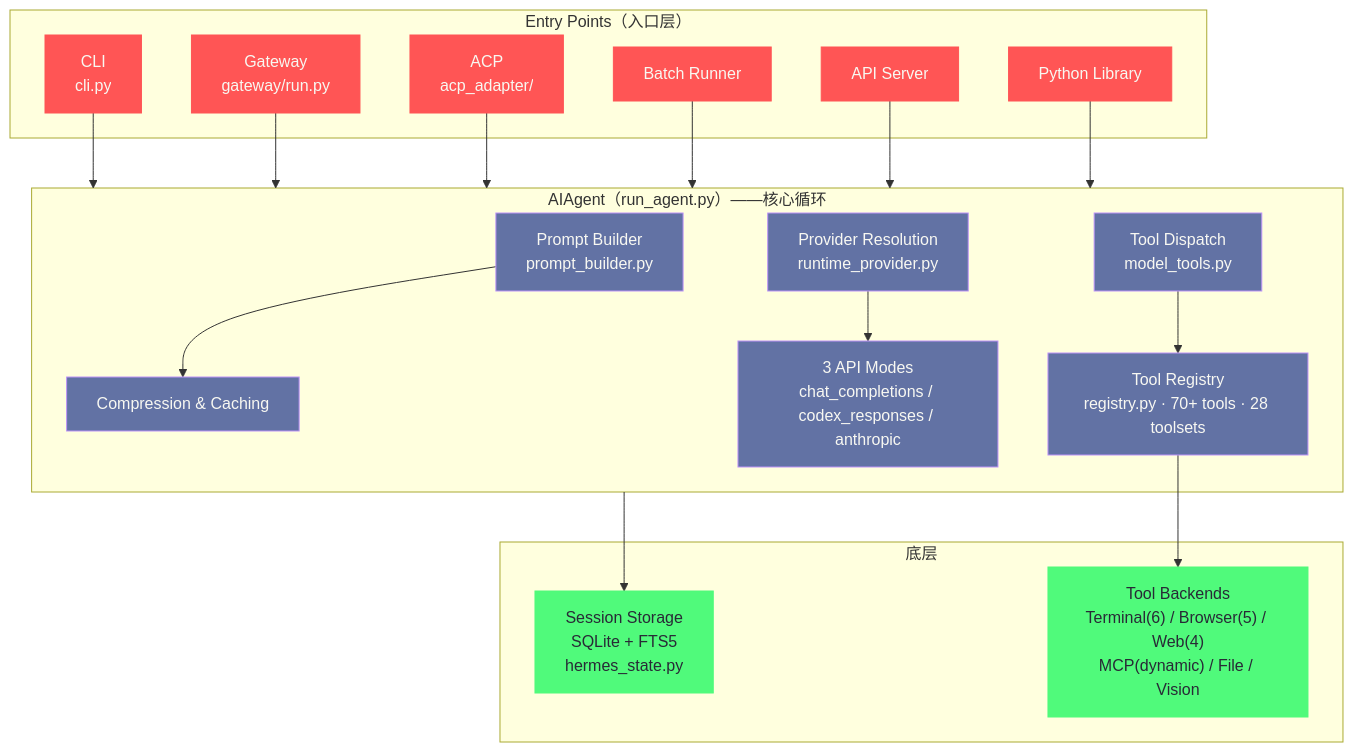
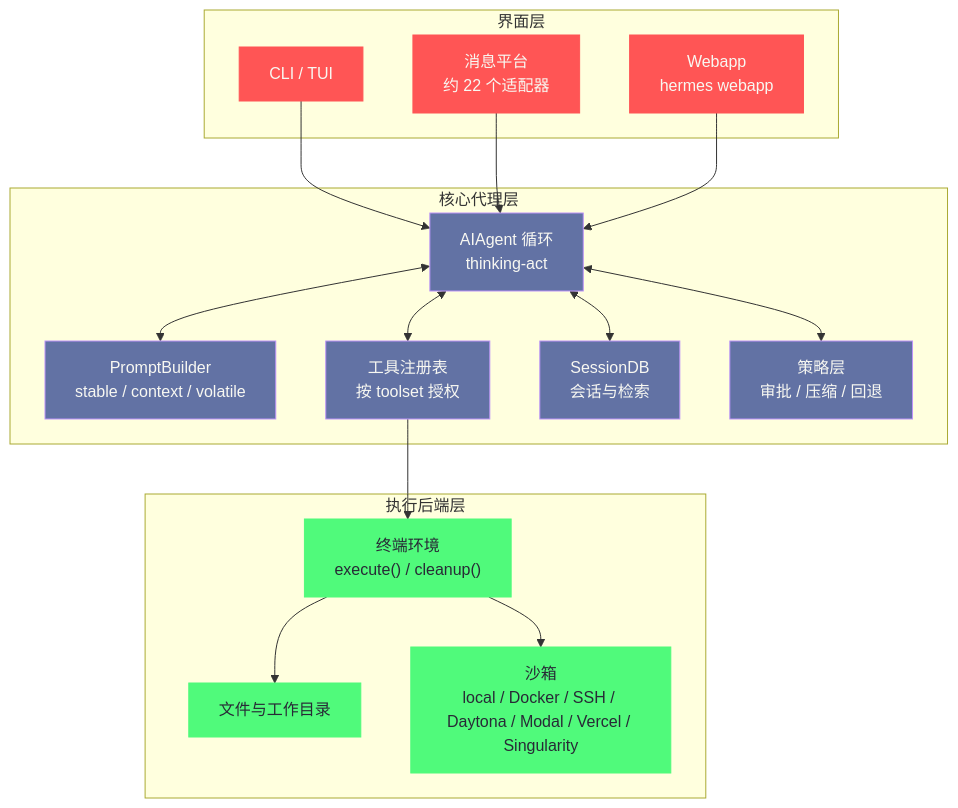
The first of 5 diagrams in content/LLM/Hermes-Agent/03 架构总览——AIAgent 核心循环与子系统.md (hpliStartAgain/my-brain), drawn with Mermaid before and after one commit. The commit also changed other lines of this file and 259 other files, not shown here.

````diff
--- a/content/LLM/Hermes-Agent/03 架构总览——AIAgent 核心循环与子系统.md
+++ b/content/LLM/Hermes-Agent/03 架构总览——AIAgent 核心循环与子系统.md
@@ -22,45 +69,41 @@
 ```mermaid
 %%{init: {'theme': 'dracula'}}%%
-graph TD
-    subgraph Entry["Entry Points（入口层）"]
-        CLI["CLI<br/>cli.py"]
-        GW["Gateway<br/>gateway/run.py"]
-        ACP["ACP<br/>acp_adapter/"]
-        BR["Batch Runner"]
-        API["API Server"]
-        PY["Python Library"]
+flowchart TD
+    subgraph UI["界面层"]
+        CLI["CLI / TUI"]
+        MSG["消息平台<br/>约 22 个适配器"]
+        WEB["Webapp<br/>hermes webapp"]
     end
 
-    subgraph Core["AIAgent（run_agent.py）——核心循环"]
-        PB["Prompt Builder<br/>prompt_builder.py"]
-        PR["Provider Resolution<br/>runtime_provider.py"]
-        TD["Tool Dispatch<br/>model_tools.py"]
-        CC["Compression & Caching"]
-        AM["3 API Modes<br/>chat_completions / codex_responses / anthropic"]
-        TR["Tool Registry<br/>registry.py · 70+ tools · 28 toolsets"]
+    subgraph CORE["核心代理层"]
+        PB["PromptBuilder<br/>stable / context / volatile"]
+        LOOP["AIAgent 循环<br/>thinking-act"]
+        REG["工具注册表<br/>按 toolset 授权"]
+        SDB["SessionDB<br/>会话与检索"]
+        POL["策略层<br/>审批 / 压缩 / 回退"]
     end
 
-    subgraph Bottom["底层"]
-        SS["Session Storage<br/>SQLite + FTS5<br/>hermes_state.py"]
-        TB["Tool Backends<br/>Terminal(6) / Browser(5) / Web(4)<br/>MCP(dynamic) / File / Vision"]
+    subgraph EXEC["执行后端层"]
+        ENV["终端环境<br/>execute() / cleanup()"]
+        FS["文件与工作目录"]
+        SBX["沙箱<br/>local / Docker / SSH / Daytona / Modal / Vercel / Singularity"]
     end
 
-    CLI --> Core
-    GW --> Core
-    ACP --> Core
-    BR --> Core
-    API --> Core
-    PY --> Core
-    PB --> CC
-    PR --> AM
-    TD --> TR
-    Core --> SS
-    TR --> TB
+    CLI --> LOOP
+    MSG --> LOOP
+    WEB --> LOOP
+    LOOP <--> PB
+    LOOP <--> REG
+    LOOP <--> SDB
+    LOOP <--> POL
+    REG --> ENV
+    ENV --> FS
+    ENV --> SBX
 
-    classDef entry fill:#ff5555,stroke:#ff5555,color:#f8f8f2
+    classDef ui fill:#ff5555,stroke:#ff5555,color:#f8f8f2
     classDef core fill:#6272a4,stroke:#bd93f9,color:#f8f8f2
-    classDef bottom fill:#50fa7b,stroke:#50fa7b,color:#282a36
-    class CLI,GW,ACP,BR,API,PY entry
-    class PB,PR,TD,CC,AM,TR core
-    class SS,TB bottom
+    classDef exec fill:#50fa7b,stroke:#50fa7b,color:#282a36
+    class CLI,MSG,WEB ui
+    class PB,LOOP,REG,SDB,POL core
+    class ENV,FS,SBX exec
 ```
````
